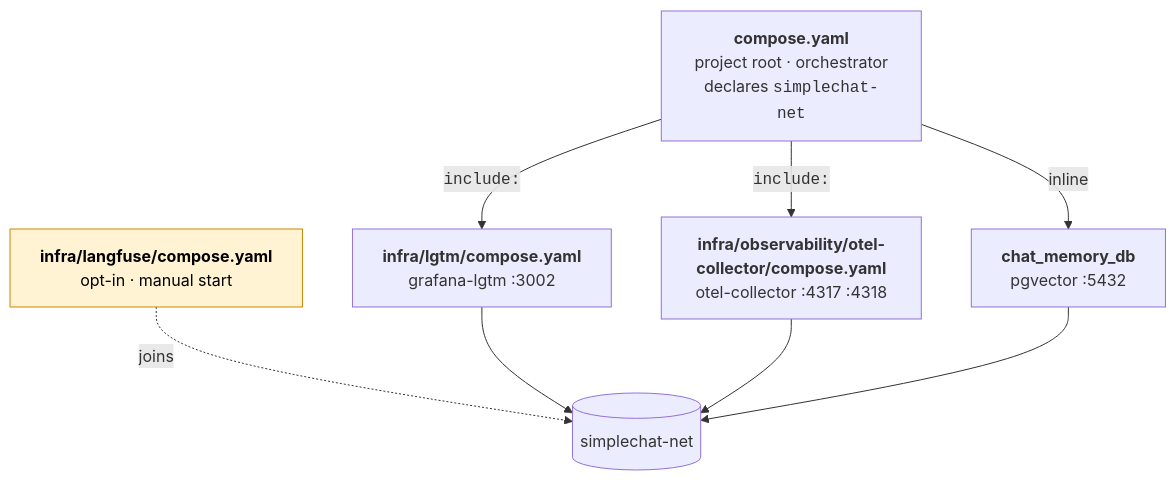
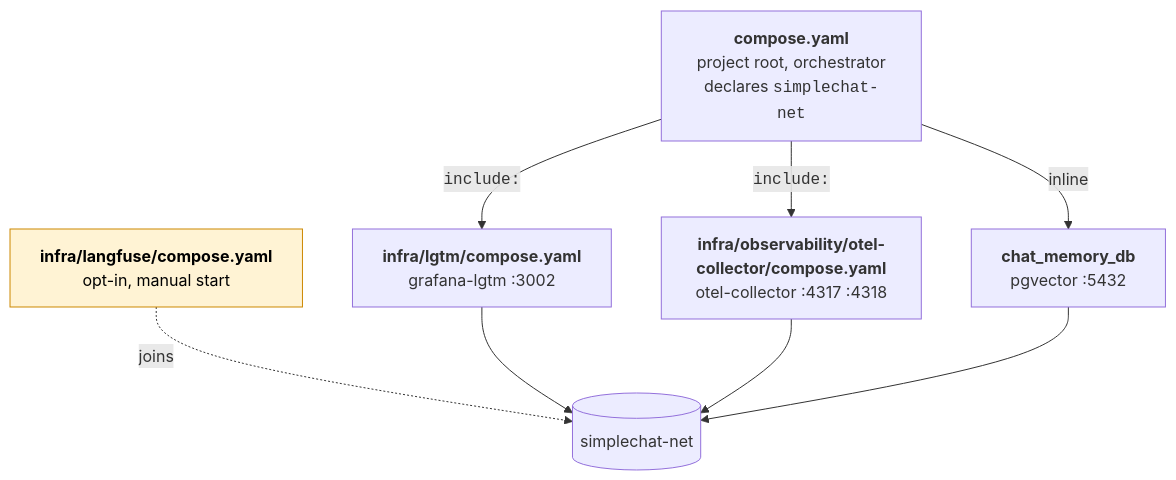
Before and after one commit to jnolasco-portfolio/simplechat: the second of 6 diagrams in README.md, drawn with Mermaid. The commit also changed other lines of this file and 12 other files, not shown here.

````diff
--- a/README.md
+++ b/README.md
@@ -74,14 +110,14 @@
 ```mermaid
 flowchart TB
-    Root["<b>compose.yaml</b><br/>project root · orchestrator<br/>declares <code>simplechat-net</code>"]
+    Root["<b>compose.yaml</b><br/>project root, orchestrator<br/>declares <code>simplechat-net</code>"]
     Root -->|"<code>include:</code>"| Lgtm["<b>infra/lgtm/compose.yaml</b><br/>grafana-lgtm :3002"]
     Root -->|"<code>include:</code>"| OTelc["<b>infra/observability/otel-collector/compose.yaml</b><br/>otel-collector :4317 :4318"]
     Root -->|"inline"| Db["<b>chat_memory_db</b><br/>pgvector :5432"]
-    Langfuse["<b>infra/langfuse/compose.yaml</b><br/>opt-in · manual start"] -.->|joins| Net[("simplechat-net")]
+    Langfuse["<b>infra/langfuse/compose.yaml</b><br/>opt-in, manual start"] -.->|joins| Net[("simplechat-net")]
     Lgtm --> Net
     OTelc --> Net
     Db --> Net
 
-    classDef opt fill:#fff3d4,stroke:#c80,color:#000
+    classDef opt fill:#fff3d4,stroke:#c80,stroke-width:1px,color:#000
     class Langfuse opt
 ```
````
